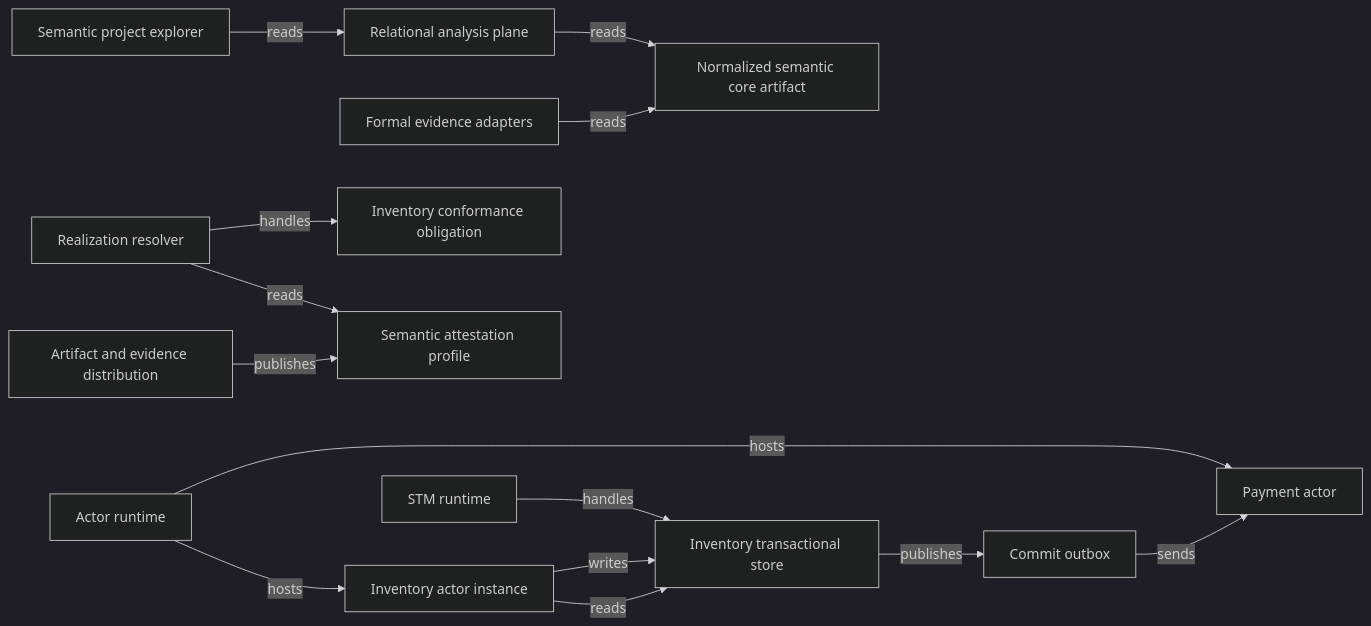
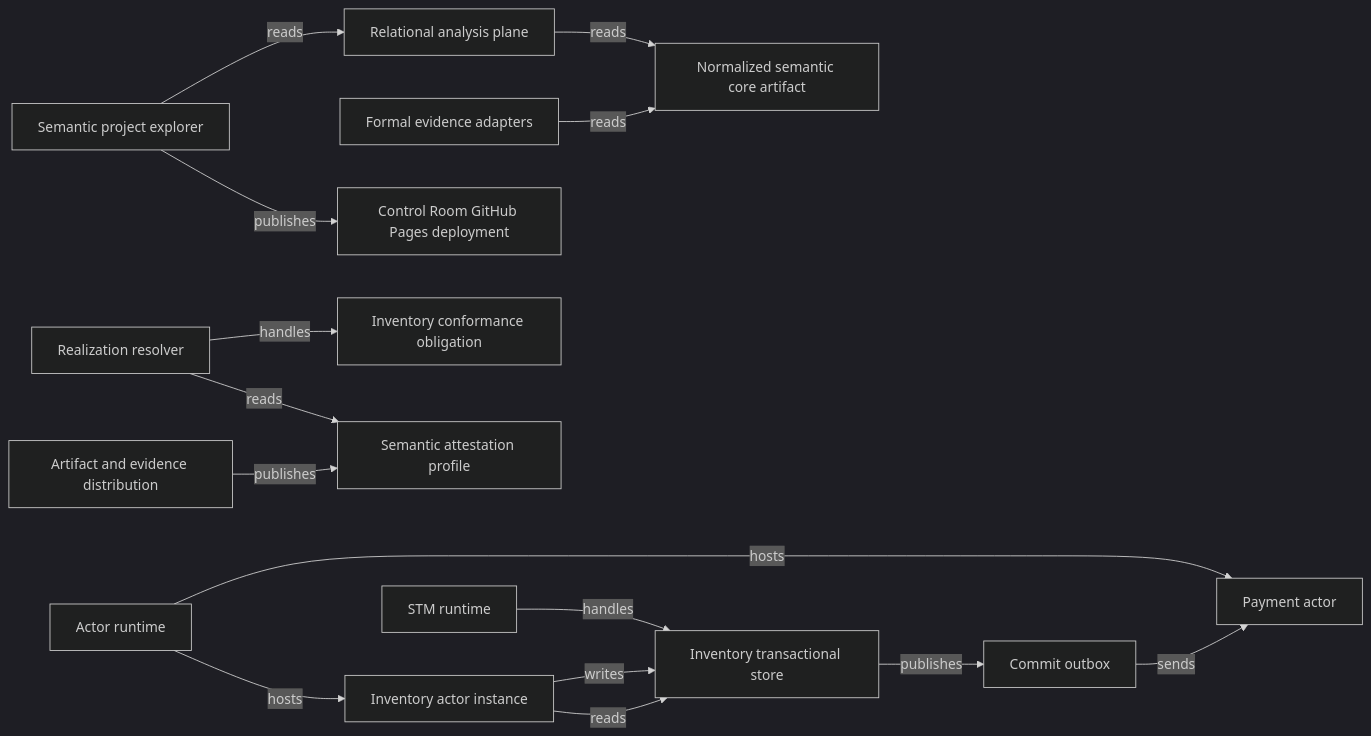
The diagram in generated/07-runtime-view.md (phibkro/semantic-systems), drawn with Mermaid (dark theme) before and after one commit. The commit also changed 55 other files, not shown here.

First line of the commit message:
feat(control-room): publish phone-first project dashboard (#4)

````diff
--- a/generated/07-runtime-view.md
+++ b/generated/07-runtime-view.md
@@ -7,30 +7,32 @@
 ```mermaid
 flowchart LR
     artifact_normalized_core["Normalized semantic core artifact"]
     component_artifact_distribution["Artifact and evidence distribution"]
     component_explorer["Semantic project explorer"]
     component_formal_evidence["Formal evidence adapters"]
     component_relational_analysis["Relational analysis plane"]
     component_resolver["Realization resolver"]
+    deployment_control_room_pages["Control Room GitHub Pages deployment"]
     obligation_inventory_conformance["Inventory conformance obligation"]
     package_semantic_attestation_profile["Semantic attestation profile"]
     runtime_actors["Actor runtime"]
     runtime_inventory_actor["Inventory actor instance"]
     runtime_inventory_outbox["Commit outbox"]
     runtime_inventory_store["Inventory transactional store"]
     runtime_payment_actor["Payment actor"]
     runtime_stm["STM runtime"]
     component_resolver -->|handles| obligation_inventory_conformance
     component_formal_evidence -->|reads| artifact_normalized_core
     component_relational_analysis -->|reads| artifact_normalized_core
     component_artifact_distribution -->|publishes| package_semantic_attestation_profile
     component_resolver -->|reads| package_semantic_attestation_profile
     component_explorer -->|reads| component_relational_analysis
     runtime_inventory_actor -->|reads| runtime_inventory_store
     runtime_inventory_actor -->|writes| runtime_inventory_store
     runtime_stm -->|handles| runtime_inventory_store
     runtime_inventory_store -->|publishes| runtime_inventory_outbox
     runtime_inventory_outbox -->|sends| runtime_payment_actor
     runtime_actors -->|hosts| runtime_inventory_actor
     runtime_actors -->|hosts| runtime_payment_actor
+    component_explorer -->|publishes| deployment_control_room_pages
 ```
````
